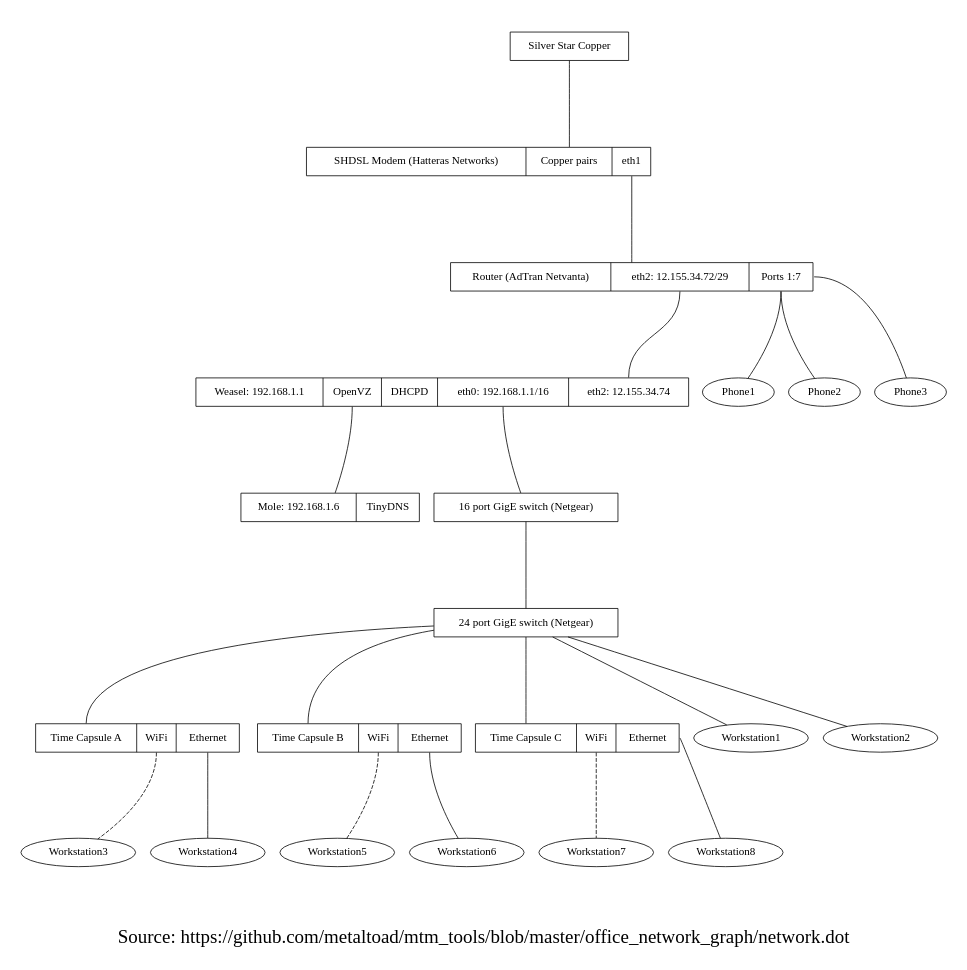
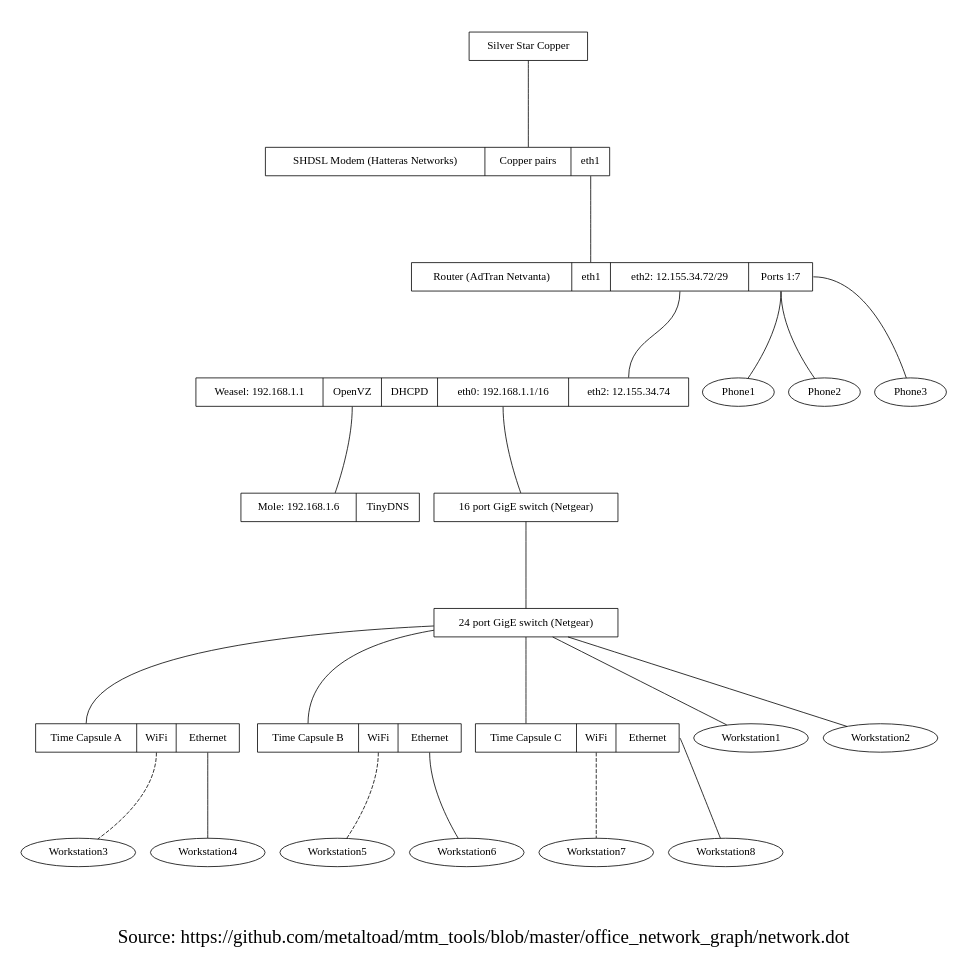
Before and after one commit to kronda/captools1: the diagram in office_network_graph/network.dot, drawn with Graphviz. The commit also changed 1 other file, not shown here.

Commit message:
add eth1 to router

```diff
--- a/office_network_graph/network.dot
+++ b/office_network_graph/network.dot
@@ -1,48 +1,48 @@
 graph network {
 
   graph[page="8.5,11",size="7.5,7",ratio=fill,center=1,fontsize=24];
   label="\n\nSource: https://github.com/metaltoad/mtm_tools/blob/master/office_network_graph/network.dot"
 
   node [shape=record];
 
   copper [label="Silver Star Copper"]
   modem [label="<t> SHDSL Modem (Hatteras Networks)|<copper> Copper pairs|<eth1> eth1"];
-  router [label="<t> Router (AdTran Netvanta)|<eth2> eth2: 12.155.34.72/29|<p1> Ports 1:7"];
+  router [label="<t> Router (AdTran Netvanta)|<eth1> eth1|<eth2> eth2: 12.155.34.72/29|<p1> Ports 1:7"];
   mainswitch [label="24 port GigE switch (Netgear)"]
   weaselswitch [label="16 port GigE switch (Netgear)"]
   weasel [label="<t> Weasel: 192.168.1.1|<vz> OpenVZ|<dhcpd> DHCPD|<eth0> eth0: 192.168.1.1/16|<eth2> eth2: 12.155.34.74"];
   mole [label="<t>Mole: 192.168.1.6|<dns>TinyDNS"];
   tca [label="<t>Time Capsule A|<wifi> WiFi|<ether> Ethernet"];
   tcb [label="<t>Time Capsule B|<wifi> WiFi|<ether> Ethernet"];
   tcc [label="<t>Time Capsule C|<wifi> WiFi|<ether> Ethernet"];
 
   copper -- modem:copper
-  modem:eth1 -- router;
+  modem:eth1 -- router:eth1;
   router:eth2 -- weasel:eth2;
   weasel:eth0 -- weaselswitch;
   weaselswitch -- mainswitch;
   weasel:vz -- mole;
   mainswitch -- tca:t;
   mainswitch -- tcb:t;
   mainswitch -- tcc:t;
 
 
   node [shape=ellipse];
 
   router:p1 -- Phone1;
   router:p1 -- Phone2;
   router:p1 -- Phone3;
 
   mainswitch -- Workstation1;
   mainswitch -- Workstation2;
 
   tca:wifi -- Workstation3 [style=dashed];
   tca:ether -- Workstation4;
   tcb:wifi -- Workstation5 [style=dashed];
   tcb:ether -- Workstation6;
   tcc:wifi -- Workstation7 [style=dashed];
   tcc:ether -- Workstation8;
 
 
 
 }
```
